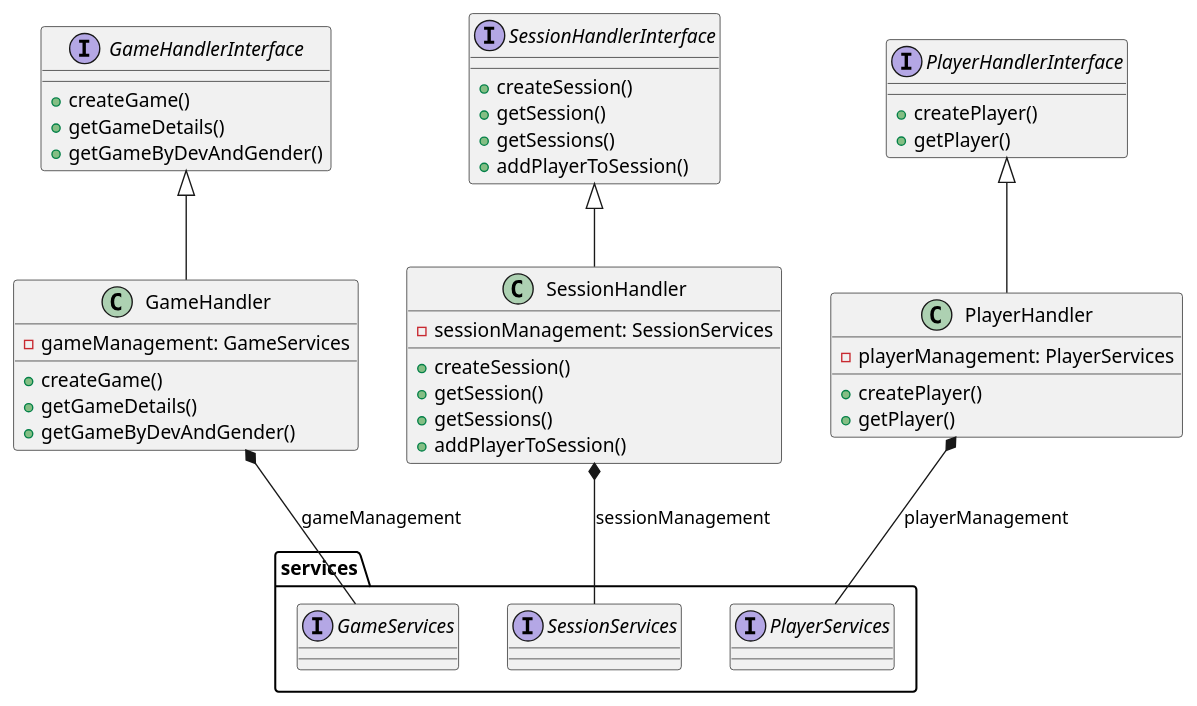
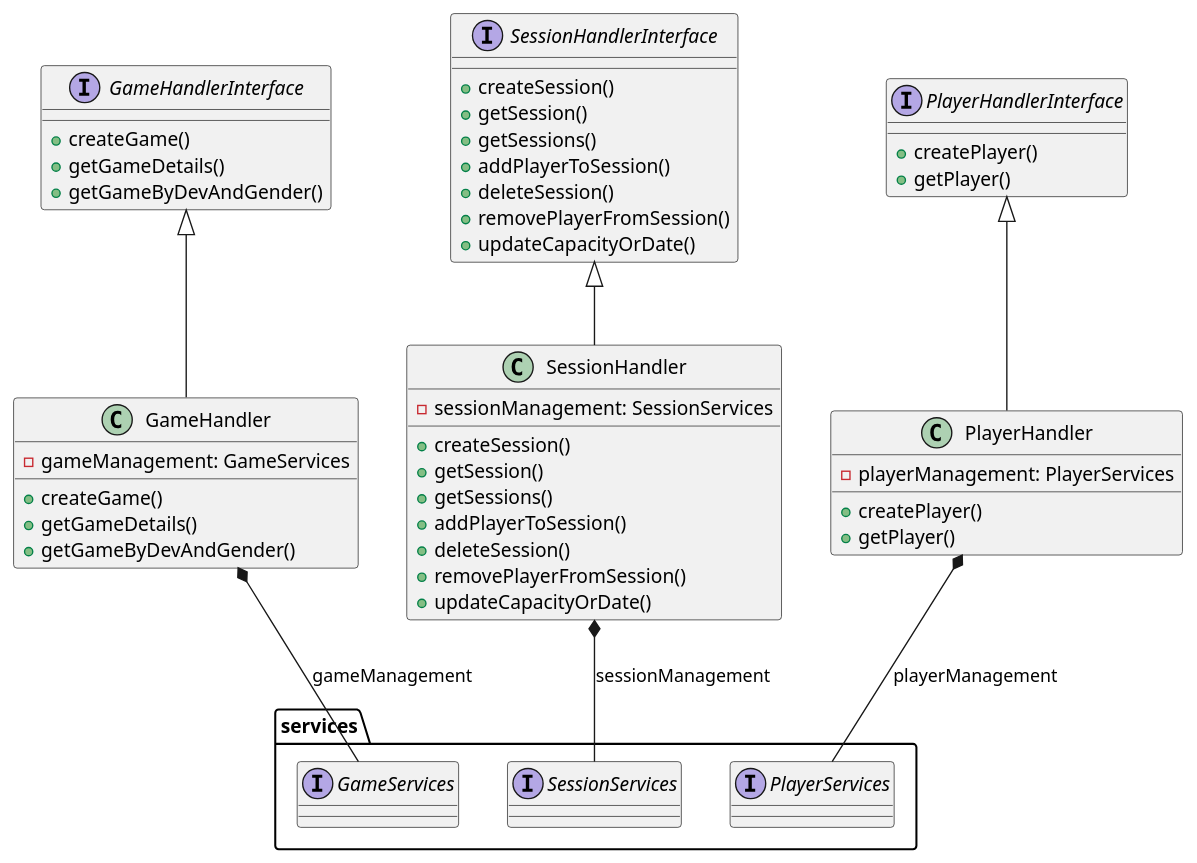
Before and after one commit to Thuzys/Session_Control: the diagram in phase2/src/main/kotlin/pt/isel/ls/webApi/WebApiDiagram.puml, drawn with PlantUML. The commit also changed 14 other files, not shown here.

```diff
--- a/phase2/src/main/kotlin/pt/isel/ls/webApi/WebApiDiagram.puml
+++ b/phase2/src/main/kotlin/pt/isel/ls/webApi/WebApiDiagram.puml
@@ -1,57 +1,63 @@
 @startuml
 'https://plantuml.com/sequence-diagram
 
 Interface GameHandlerInterface {
     +createGame()
     +getGameDetails()
     +getGameByDevAndGender()
 }
 
 Interface SessionHandlerInterface {
-    +createSession()
-    +getSession()
-    +getSessions()
-    +addPlayerToSession()
+    + createSession()
+    + getSession()
+    + getSessions()
+    + addPlayerToSession()
+    + deleteSession()
+    + removePlayerFromSession()
+    + updateCapacityOrDate()
 }
 
 Interface PlayerHandlerInterface {
     +createPlayer()
     +getPlayer()
 }
 
 class GameHandler {
     +createGame()
     +getGameDetails()
     +getGameByDevAndGender()
     - gameManagement: GameServices
 }
 
 class SessionHandler {
     +createSession()
     +getSession()
     +getSessions()
     +addPlayerToSession()
+    +deleteSession()
+    +removePlayerFromSession()
+    +updateCapacityOrDate()
     - sessionManagement: SessionServices
 }
 
 class PlayerHandler {
     +createPlayer()
     +getPlayer()
     - playerManagement: PlayerServices
 }
 
 package services {
     Interface GameServices
     Interface SessionServices
     Interface PlayerServices
 }
 
 GameHandlerInterface <|-- GameHandler
 SessionHandlerInterface <|-- SessionHandler
 PlayerHandlerInterface <|-- PlayerHandler
 
 GameHandler *-- services.GameServices : gameManagement
 SessionHandler *-- services.SessionServices : sessionManagement
 PlayerHandler *-- services.PlayerServices : playerManagement
 
 @enduml
```
